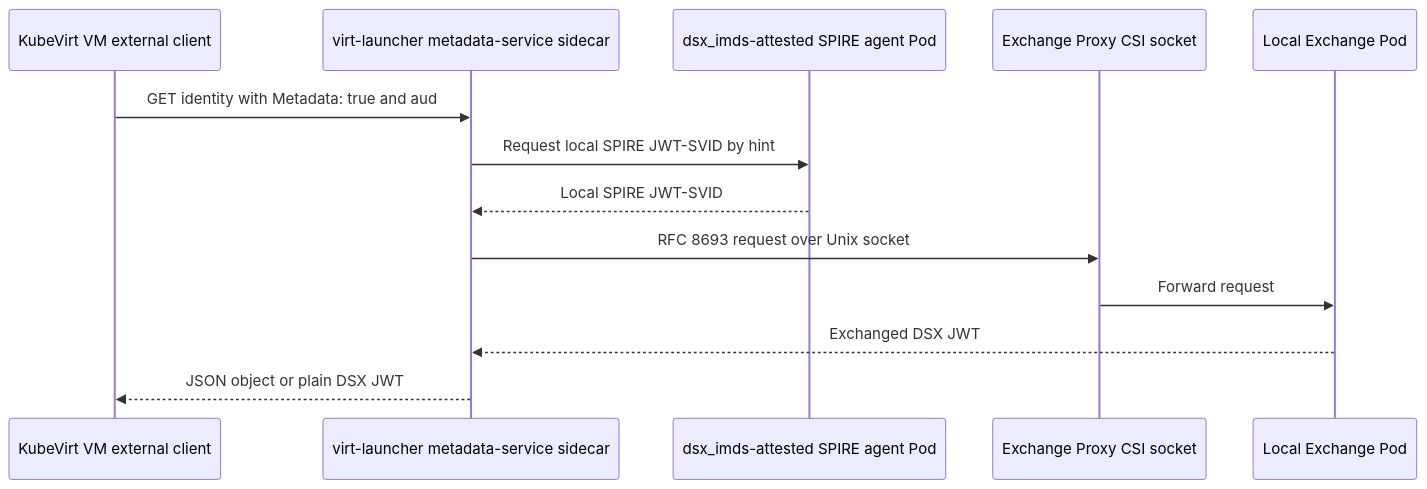
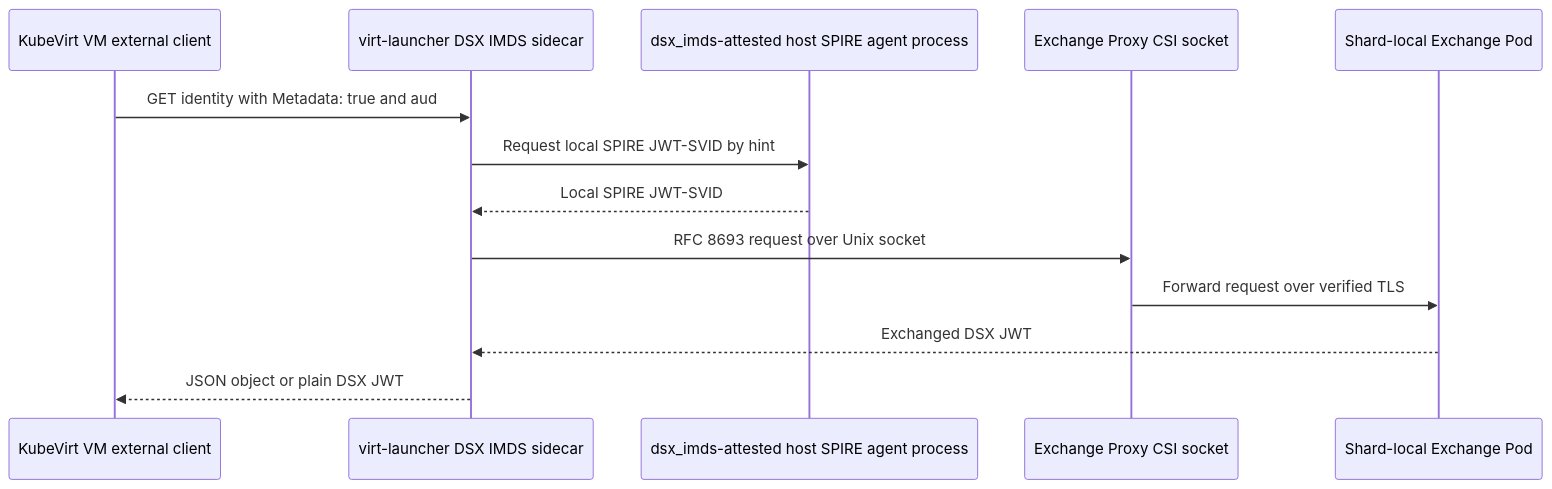
One commit to dsx-ai-factory/nvidia-workload-identity changed the diagram in cmd/metadata-service/README.md. Above: the diagram before and after it, drawn with Mermaid. The commit also changed other lines of this file and 93 other files, not shown here.

````diff
--- a/cmd/metadata-service/README.md
+++ b/cmd/metadata-service/README.md
@@ -7,15 +8,15 @@
 ```mermaid
 sequenceDiagram
     participant VM as KubeVirt VM external client
-    participant MS as virt-launcher metadata-service sidecar
-    participant SA as dsx_imds-attested SPIRE agent Pod
+    participant MS as virt-launcher DSX IMDS sidecar
+    participant SA as dsx_imds-attested host SPIRE agent process
     participant CSI as Exchange Proxy CSI socket
-    participant EX as Local Exchange Pod
+    participant EX as Shard-local Exchange Pod
     VM->>MS: GET identity with Metadata: true and aud
     MS->>SA: Request local SPIRE JWT-SVID by hint
     SA-->>MS: Local SPIRE JWT-SVID
     MS->>CSI: RFC 8693 request over Unix socket
-    CSI->>EX: Forward request
+    CSI->>EX: Forward request over verified TLS
     EX-->>MS: Exchanged DSX JWT
     MS-->>VM: JSON object or plain DSX JWT
 ```
````
